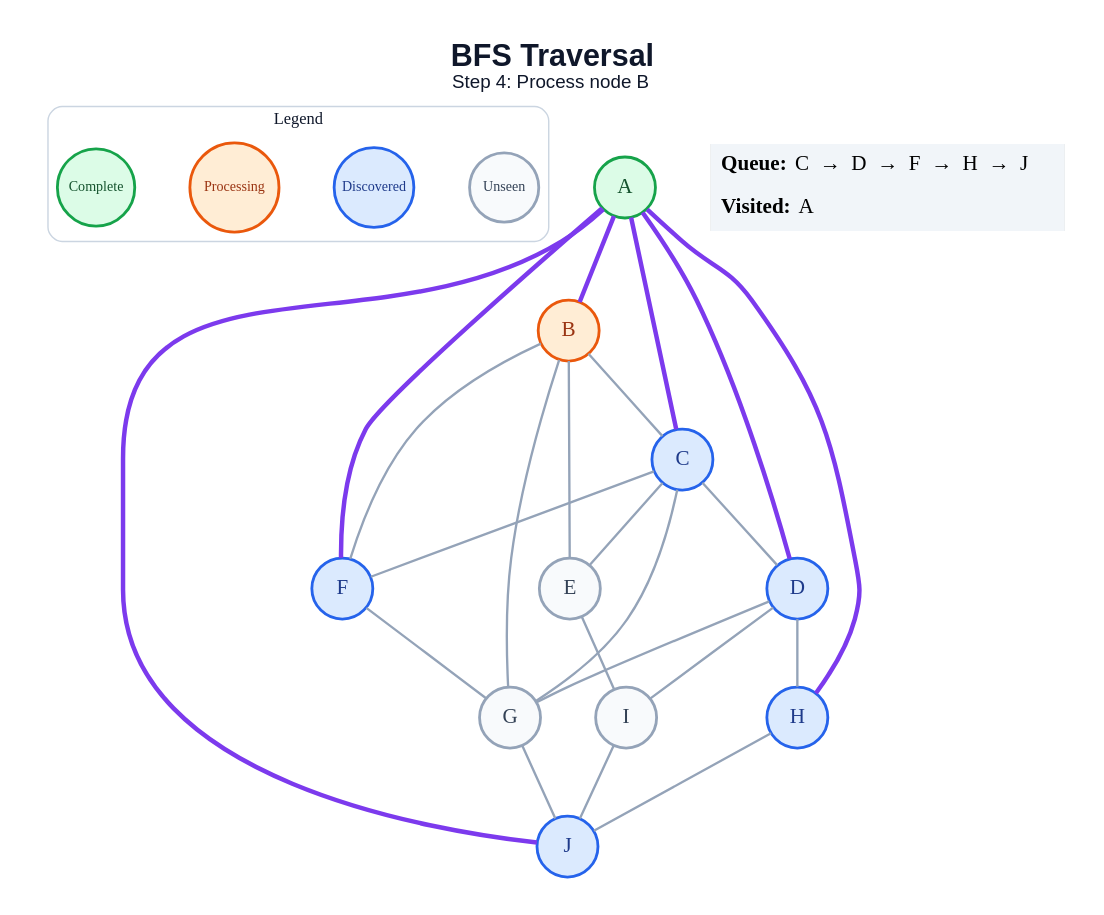
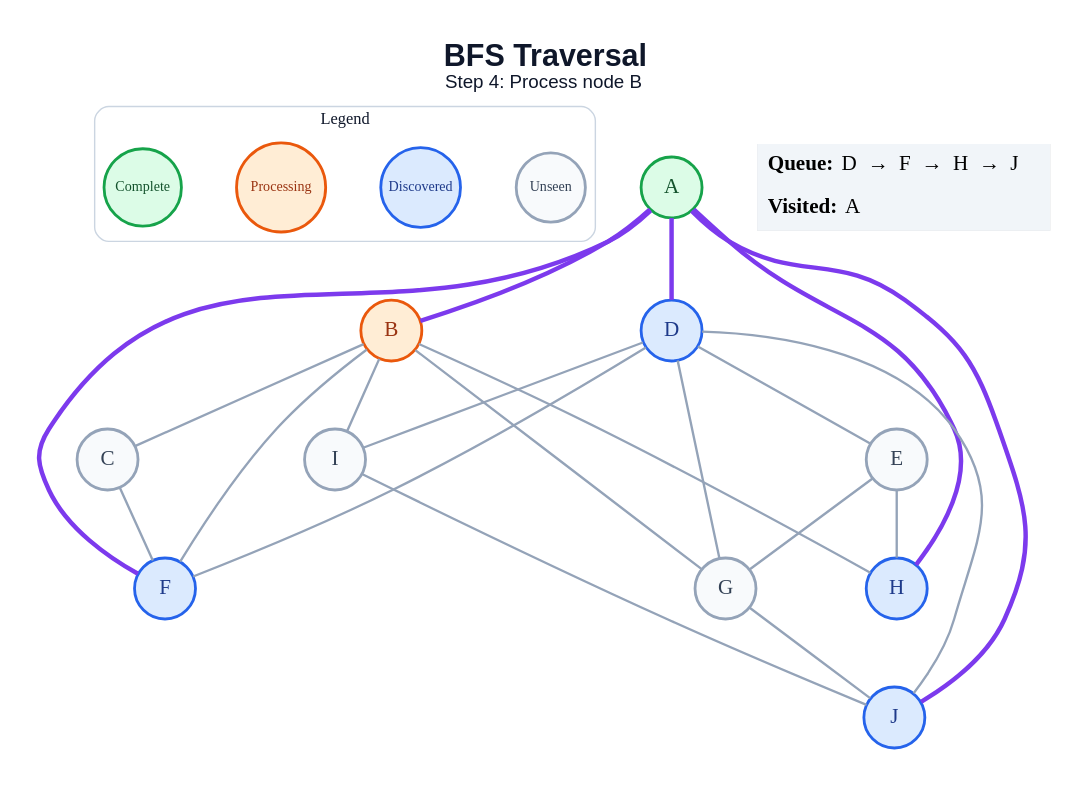
Before and after one commit to amanghodawala9/ai-slop: the diagram in generated/bfs/step_04.dot, drawn with Graphviz. The commit also changed 178 other files, not shown here.

```diff
--- a/generated/bfs/step_04.dot
+++ b/generated/bfs/step_04.dot
@@ -1,51 +1,49 @@
 graph traversal {
   graph [layout=dot, rankdir=TB, bgcolor="#FFFFFF", pad="0.35", nodesep="0.65", ranksep="0.8", fontname="Arial"];
   node [shape=circle, style="filled", fontname="Arial Bold", fontsize=18, width=0.72, fixedsize=true, penwidth=2.4];
   edge [color="#94A3B8", penwidth=2.0];
   label=<<B>BFS Traversal</B><BR/><FONT POINT-SIZE="16">Step 4: Process node B</FONT>>; labelloc="t"; fontsize=26; fontname="Arial"; fontcolor="#0F172A";
   subgraph cluster_legend { label="Legend"; color="#CBD5E1"; penwidth=1.2; style="rounded"; fontsize=14; fontname="Arial Bold";
     key_unseen [label="Unseen", fillcolor="#F8FAFC", color="#94A3B8", fontcolor="#334155", fontsize=12, width=0.82];
     key_frontier [label="Discovered", fillcolor="#DBEAFE", color="#2563EB", fontcolor="#1E3A8A", fontsize=12, width=0.95];
     key_current [label="Processing", fillcolor="#FFEDD5", color="#EA580C", fontcolor="#9A3412", fontsize=12, width=1.05];
     key_done [label="Complete", fillcolor="#DCFCE7", color="#16A34A", fontcolor="#14532D", fontsize=12, width=0.92];
     { rank=same; key_unseen; key_frontier; key_current; key_done; }
   }
   A [fillcolor="#DCFCE7", color="#16A34A", fontcolor="#14532D"];
   B [fillcolor="#FFEDD5", color="#EA580C", fontcolor="#9A3412"];
-  C [fillcolor="#DBEAFE", color="#2563EB", fontcolor="#1E3A8A"];
+  C [fillcolor="#F8FAFC", color="#94A3B8", fontcolor="#334155"];
   D [fillcolor="#DBEAFE", color="#2563EB", fontcolor="#1E3A8A"];
   E [fillcolor="#F8FAFC", color="#94A3B8", fontcolor="#334155"];
   F [fillcolor="#DBEAFE", color="#2563EB", fontcolor="#1E3A8A"];
   G [fillcolor="#F8FAFC", color="#94A3B8", fontcolor="#334155"];
   H [fillcolor="#DBEAFE", color="#2563EB", fontcolor="#1E3A8A"];
   I [fillcolor="#F8FAFC", color="#94A3B8", fontcolor="#334155"];
   J [fillcolor="#DBEAFE", color="#2563EB", fontcolor="#1E3A8A"];
   A -- B [color="#7C3AED", penwidth=3.8];
-  A -- C [color="#7C3AED", penwidth=3.8];
   A -- D [color="#7C3AED", penwidth=3.8];
   A -- F [color="#7C3AED", penwidth=3.8];
   A -- H [color="#7C3AED", penwidth=3.8];
   A -- J [color="#7C3AED", penwidth=3.8];
   B -- C;
-  B -- E;
   B -- F;
   B -- G;
-  C -- D;
-  C -- E;
+  B -- H;
+  B -- I;
   C -- F;
-  C -- G;
+  D -- E;
+  D -- F;
   D -- G;
-  D -- H;
   D -- I;
-  E -- I;
-  F -- G;
+  D -- J;
+  E -- G;
+  E -- H;
   G -- J;
-  H -- J;
   I -- J;
   status [shape=plain, fixedsize=false, width=0, height=0, margin=0, label=<
     <TABLE BORDER="0" CELLBORDER="0" CELLPADDING="7" BGCOLOR="#F1F5F9">
-      <TR><TD ALIGN="LEFT"><B>Queue:</B> C  →  D  →  F  →  H  →  J</TD></TR>
+      <TR><TD ALIGN="LEFT"><B>Queue:</B> D  →  F  →  H  →  J</TD></TR>
       <TR><TD ALIGN="LEFT"><B>Visited:</B> A</TD></TR>
     </TABLE>
   >];
 }
```
